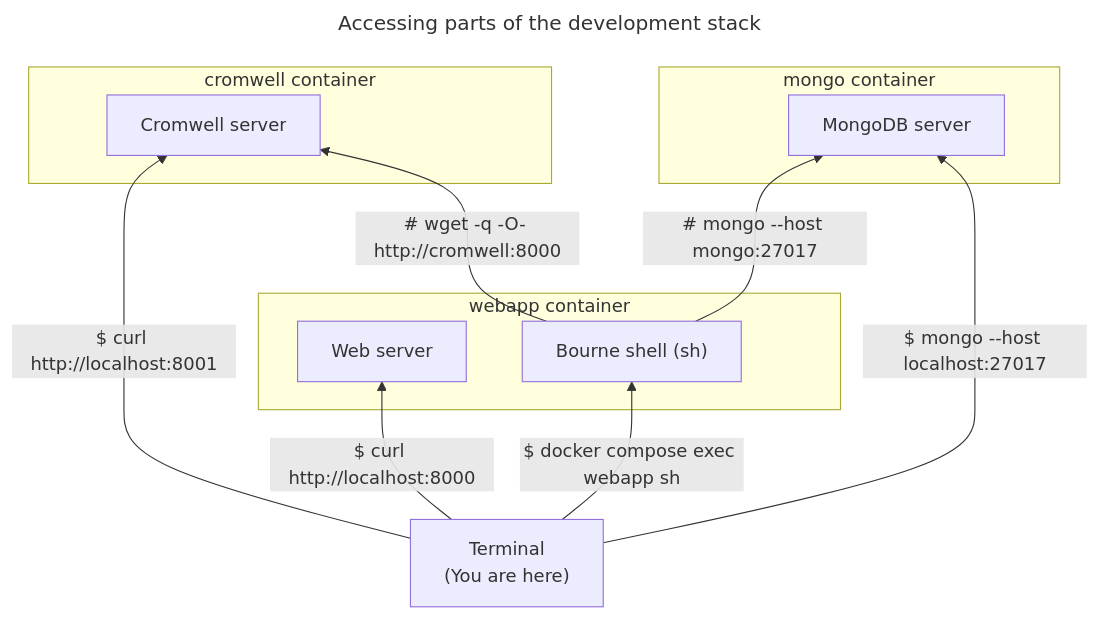
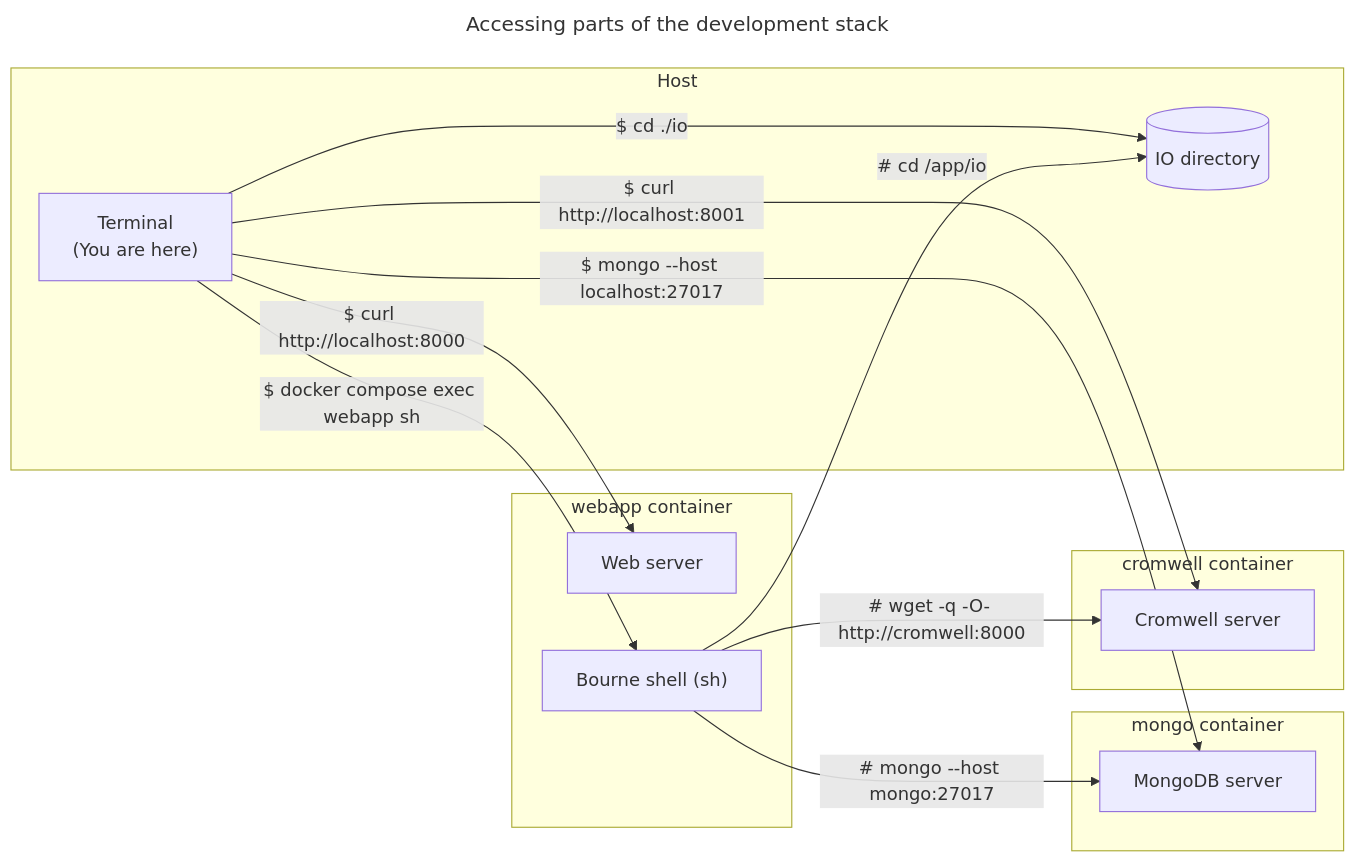
The second of 2 diagrams in README.md (microbiomedata/nmdc-edge), drawn with Mermaid before and after one commit. The commit also changed 2 other files, not shown here.

Commit message:
Share `io` directory and validate directory paths on boot

````diff
--- a/README.md
+++ b/README.md
@@ -116,28 +116,33 @@
 ```mermaid
 ---
 title: Accessing parts of the development stack
 ---
-graph BT
-    host["Terminal<br>(You are here)"]
-    
+graph LR
     %% Links:
+    host -- "$ cd ./io" --> io
     host -- "$ curl http://localhost:8000" --> server
     host -- "$ curl http://localhost:8001" --> cromwell_server
     host -- "$ docker compose exec webapp sh" --> webapp_shell
     webapp_shell -- "# mongo --host mongo:27017" --> db
+    webapp_shell -- "# cd /app/io" --> io
     host -- "$ mongo --host localhost:27017" --> db
     webapp_shell -- "# wget -q -O- http://cromwell:8000" --> cromwell_server
     
     subgraph WebAppContainer["webapp container"]
         server["Web server"]
         webapp_shell["Bourne shell (sh)"]
     end
     
     subgraph MongoContainer["mongo container"]
         db["MongoDB server"]
     end
     
     subgraph CromwellContainer["cromwell container"]
         cromwell_server["Cromwell server"]
-    end    
+    end
+    
+    subgraph Host["Host"]
+        host["Terminal<br>(You are here)"]
+        io[("IO directory")]
+    end        
 ```
````
